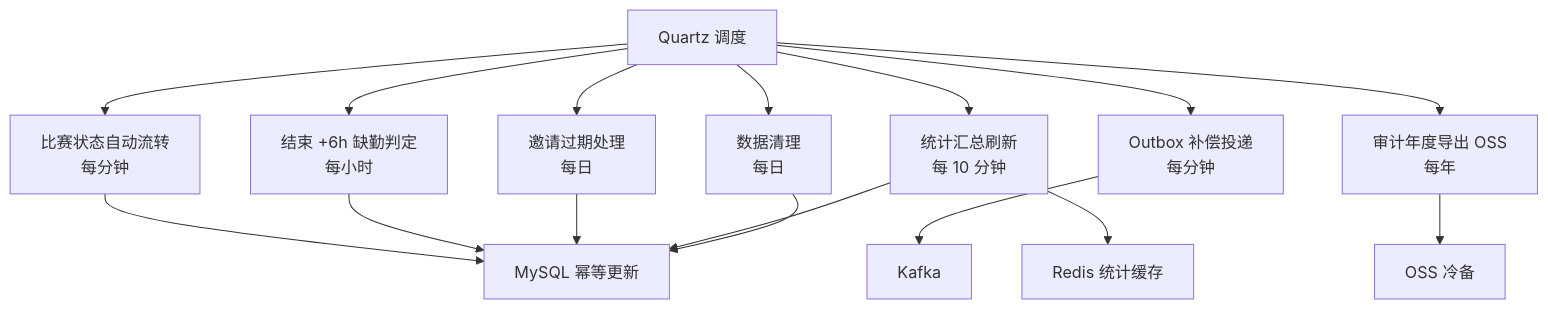
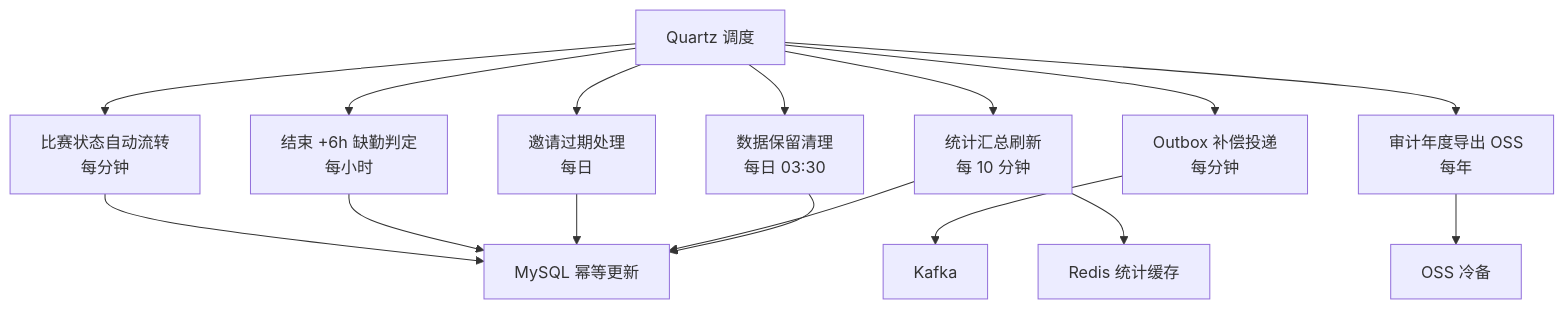
The sixth of 7 diagrams in docs/design/03.整体架构设计.md (zhouyacheng/yunhefc), drawn with Mermaid before and after one commit. The commit also changed other lines of this file and 16 other files, not shown here.

Commit message:
docs: sync design docs, rules, prototype and schema with implementation

````diff
--- a/docs/design/03.整体架构设计.md
+++ b/docs/design/03.整体架构设计.md
@@ -338,18 +338,18 @@
 ```mermaid
 flowchart TD
   Q["Quartz 调度"] --> T1["比赛状态自动流转<br/>每分钟"]
   Q --> T2["结束 +6h 缺勤判定<br/>每小时"]
   Q --> T3["邀请过期处理<br/>每日"]
   Q --> T4["Outbox 补偿投递<br/>每分钟"]
   Q --> T5["统计汇总刷新<br/>每 10 分钟"]
-  Q --> T6["数据清理<br/>每日"]
+  Q --> T6["数据保留清理<br/>每日 03:30"]
   Q --> T7["审计年度导出 OSS<br/>每年"]
   T1 --> D["MySQL 幂等更新"]
   T2 --> D
   T3 --> D
   T4 --> K["Kafka"]
   T5 --> D
   T5 --> C["Redis 统计缓存"]
   T6 --> D
   T7 --> O["OSS 冷备"]
 ```
````
